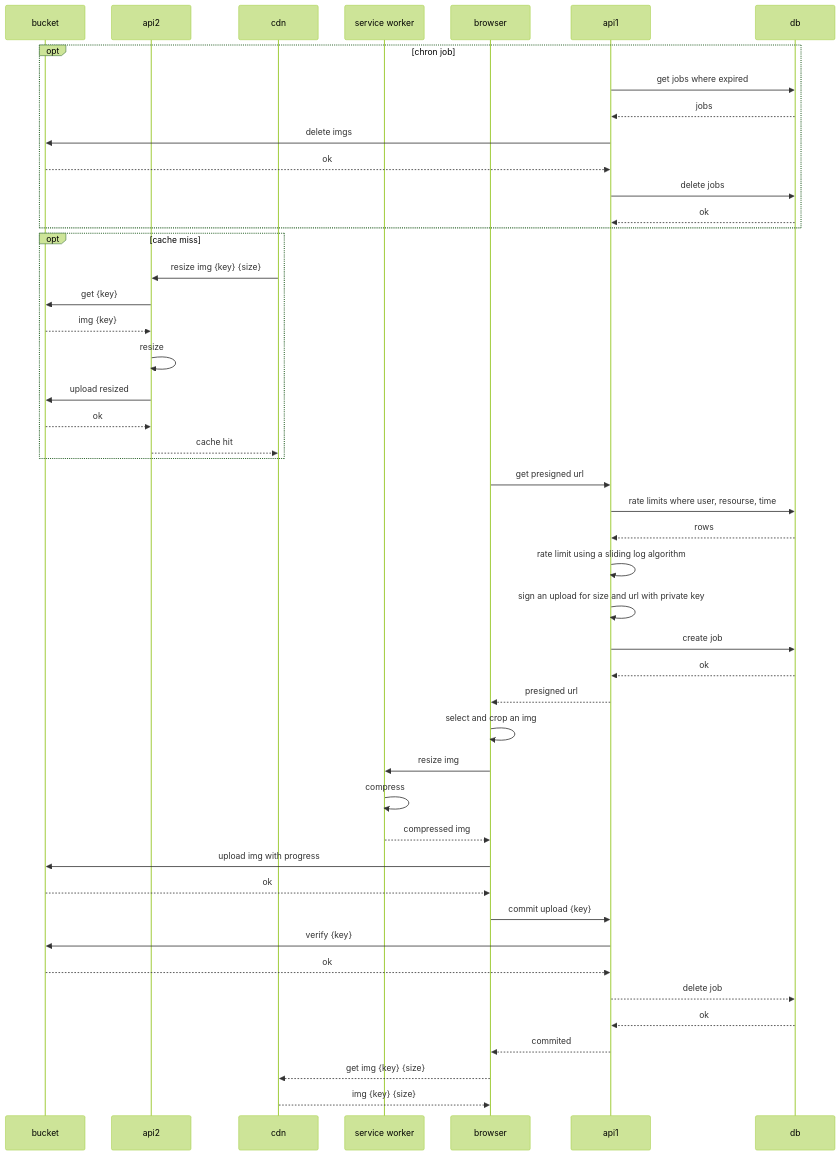
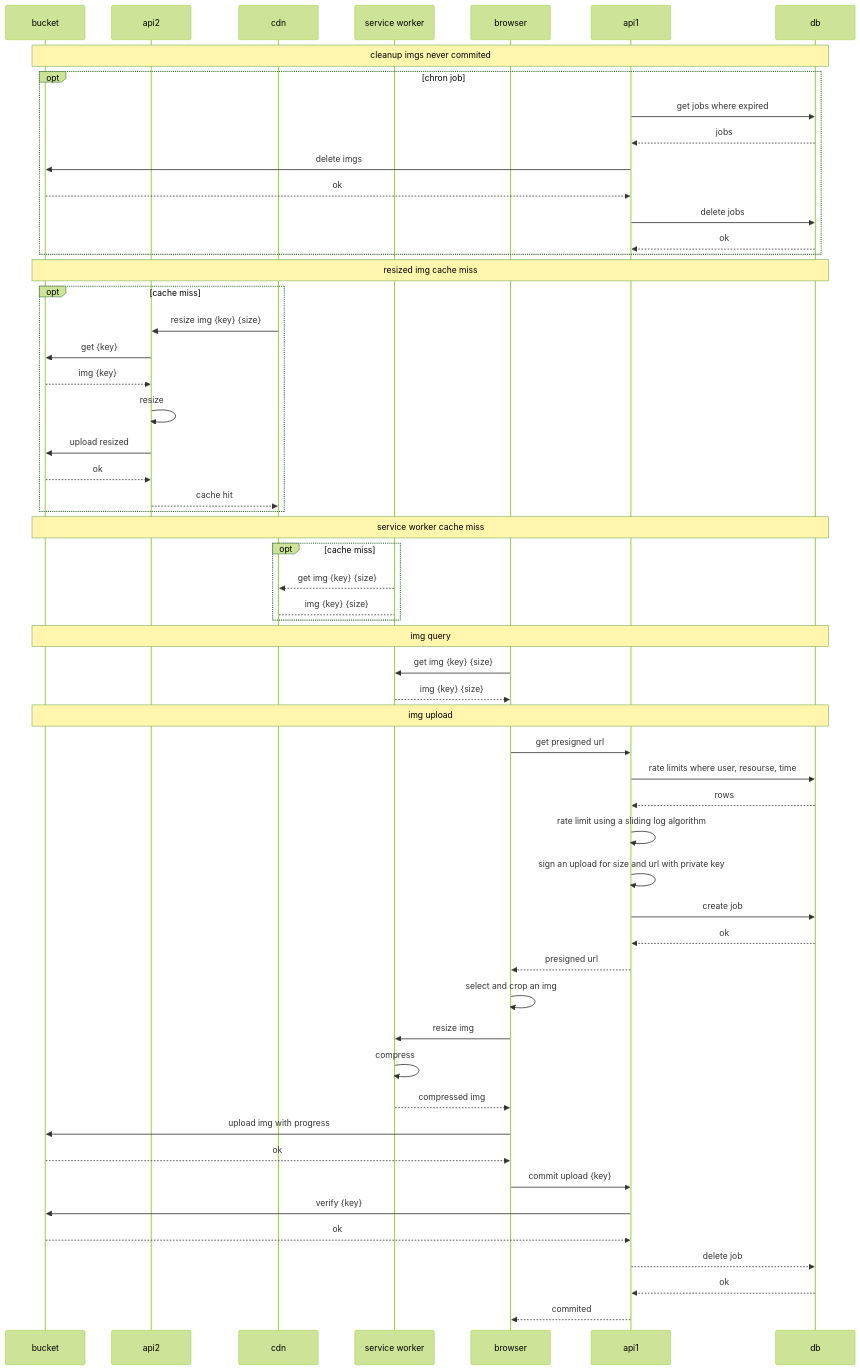
The second of 3 diagrams in readme.md (teaguestockwell/buildable-reame), drawn with Mermaid (forest theme) before and after one commit.

````diff
--- a/readme.md
+++ b/readme.md
@@ -252,52 +252,63 @@
 ```mermaid
 sequenceDiagram
 participant bucket
 participant api2
 participant cdn
 participant service worker
 participant browser
 participant api1
 participant db
 
+note over bucket, db: cleanup imgs never commited
 opt chron job
 api1 ->> db: get jobs where expired
 db -->> api1: jobs
 api1 ->> bucket: delete imgs
 bucket -->> api1: ok
 api1 ->> db: delete jobs
 db -->> api1: ok
 end
 
+note over bucket, db: resized img cache miss
 opt cache miss
 cdn->>api2: resize img {key} {size}
 api2->> bucket: get {key}
 bucket -->> api2: img {key}
 api2 ->> api2: resize
 api2 ->> bucket: upload resized
 bucket -->> api2: ok
 api2 -->> cdn: cache hit
 end
 
+note over bucket, db: service worker cache miss
+opt cache miss
+service worker -->> cdn: get img {key} {size}
+cdn --> service worker: img {key} {size}
+end
+
+note over bucket, db: img query
+browser ->> service worker: get img {key} {size}
+service worker -->> browser: img {key} {size}
+
+note over bucket, db: img upload
 browser ->> api1: get presigned url
 api1 ->> db: rate limits where user, resourse, time
 db -->> api1: rows
 api1 ->> api1: rate limit using a sliding log algorithm
 api1 ->> api1: sign an upload for size and url with private key
 api1 ->> db: create job
 db -->> api1: ok
 api1 -->> browser: presigned url
 browser ->> browser: select and crop an img
 browser ->> service worker: resize img
 service worker ->> service worker: compress
 service worker -->> browser: compressed img
 browser ->> bucket: upload img with progress
 bucket -->> browser: ok
 browser ->> api1: commit upload {key}
 api1 ->> bucket: verify {key}
 bucket -->> api1: ok
 api1 -->> db: delete job
 db -->> api1: ok
 api1 -->> browser: commited
-browser -->> cdn: get img {key} {size}
-cdn -->> browser: img {key} {size}
 ```
````
